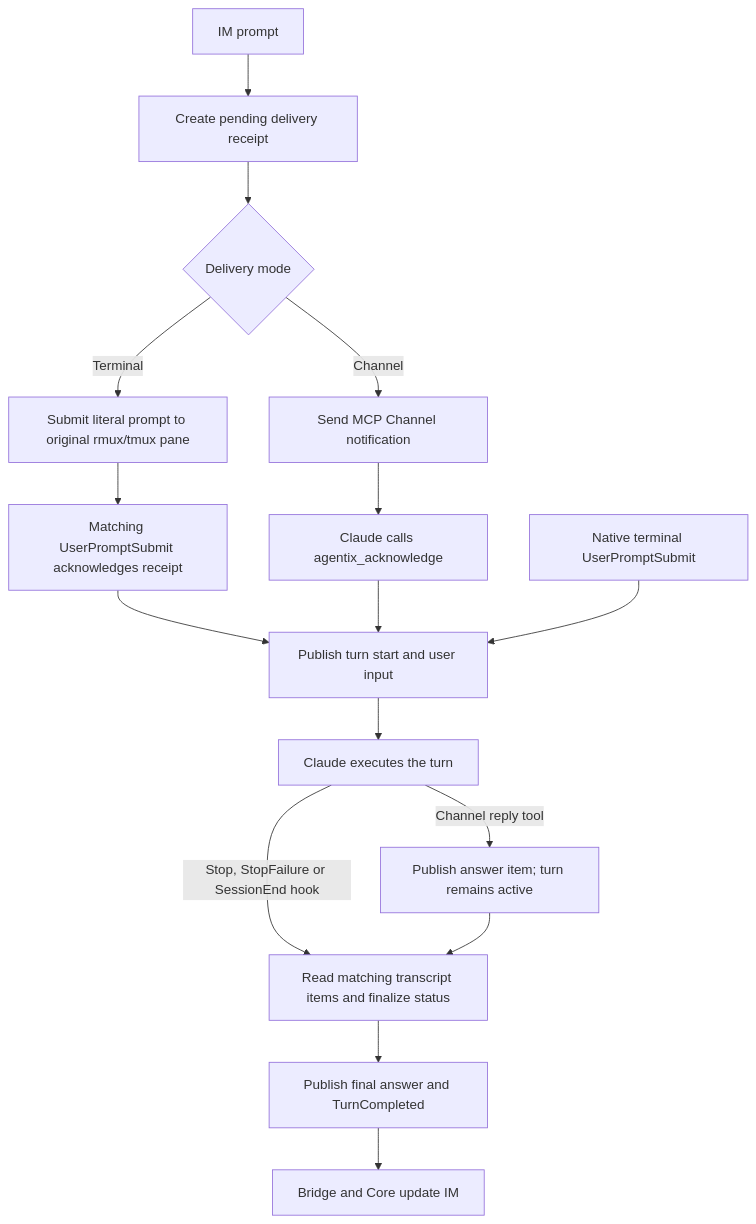
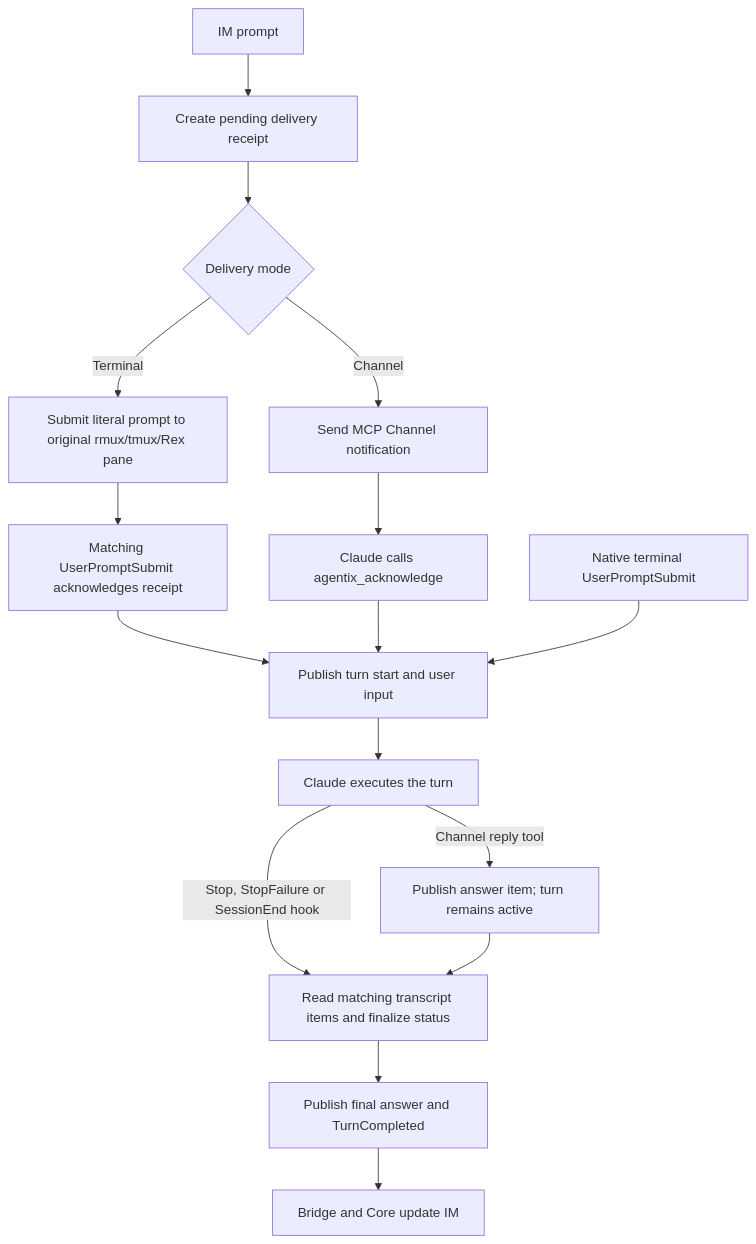
The ninth of 10 diagrams in docs/session-lifecycle.md (tenfyzhong/agentix), drawn with Mermaid before and after one commit. The commit also changed 47 other files, not shown here.

````diff
--- a/docs/session-lifecycle.md
+++ b/docs/session-lifecycle.md
@@ -435,18 +435,18 @@
 ```mermaid
 flowchart TD
     IM["IM prompt"] --> RECEIPT["Create pending delivery receipt"]
     RECEIPT --> MODE{"Delivery mode"}
-    MODE -->|Terminal| TYPE["Submit literal prompt to original rmux/tmux pane"]
+    MODE -->|Terminal| TYPE["Submit literal prompt to original rmux/tmux/Rex pane"]
     TYPE --> HOOK["Matching UserPromptSubmit acknowledges receipt"]
     MODE -->|Channel| CHANNEL["Send MCP Channel notification"]
     CHANNEL --> ACK["Claude calls agentix_acknowledge"]
     HOOK --> BEGIN["Publish turn start and user input"]
     ACK --> BEGIN
     NATIVE["Native terminal UserPromptSubmit"] --> BEGIN
     BEGIN --> WORK["Claude executes the turn"]
     WORK -->|Channel reply tool| REPLY["Publish answer item; turn remains active"]
     WORK -->|Stop, StopFailure or SessionEnd hook| COMPLETE["Read matching transcript items and finalize status"]
     REPLY --> COMPLETE
     COMPLETE --> EVENTS["Publish final answer and TurnCompleted"]
     EVENTS --> CARD["Bridge and Core update IM"]
 ```
````
